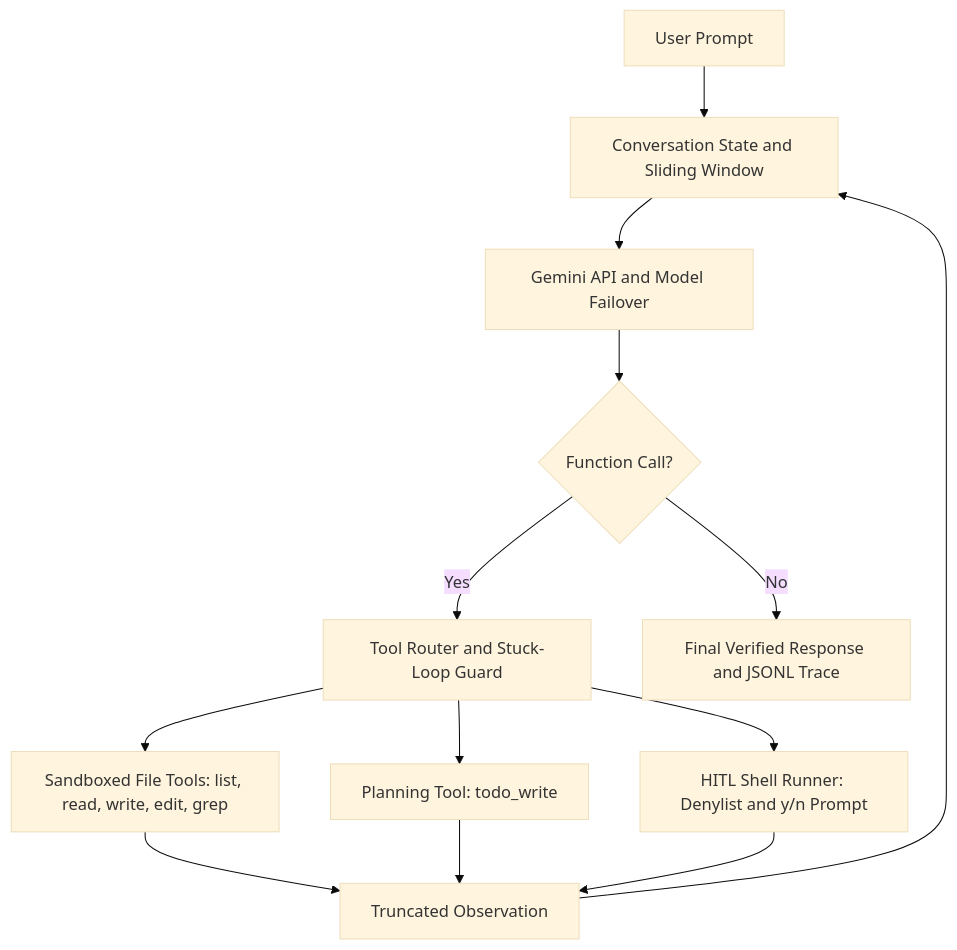
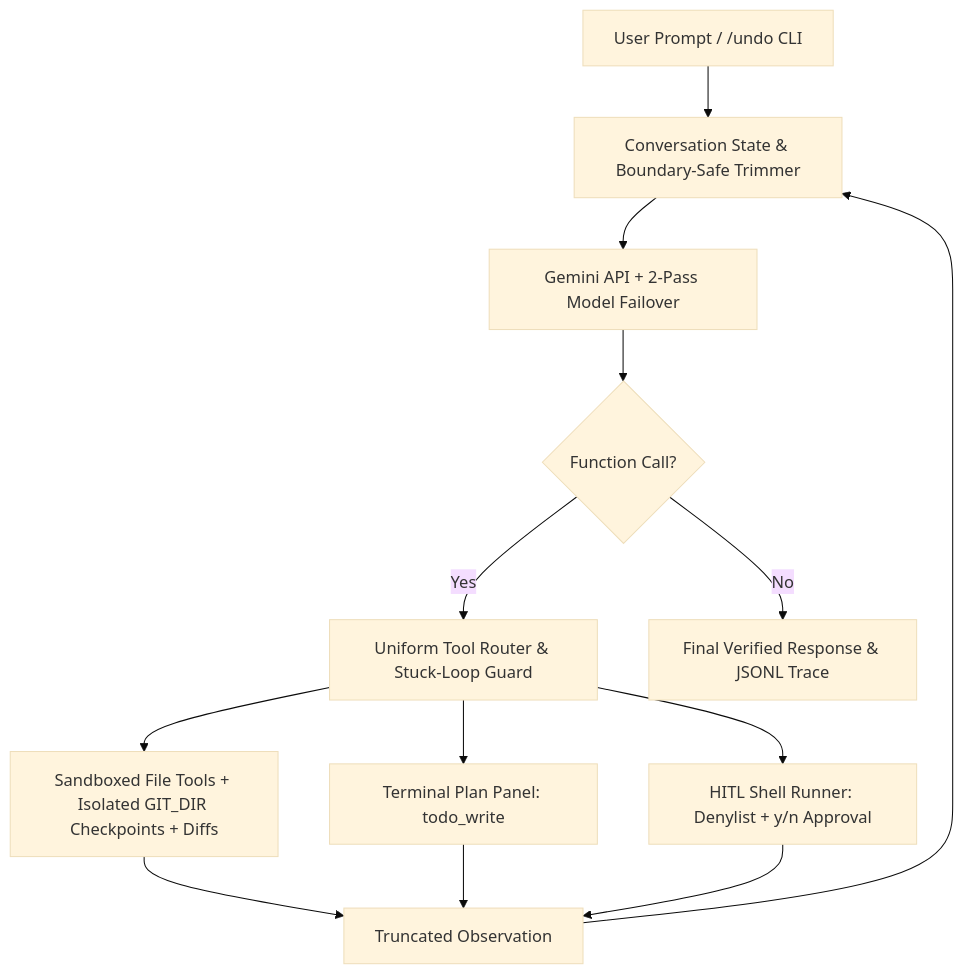
The diagram in REPORT.md (Harini-Manickaraj/aivar-coding-agent), drawn with Mermaid (base theme) before and after one commit. The commit also changed other lines of this file and 1 other file, not shown here.

Commit message:
Add 18-trial pass@3 tables, ablation analysis, /undo limitation, and trace sample to REPORT and README

````diff
--- a/REPORT.md
+++ b/REPORT.md
@@ -8,13 +8,13 @@
 ```mermaid
 flowchart TD
-    U[User Prompt] --> H[Conversation State and Sliding Window]
-    H --> M[Gemini API and Model Failover]
+    U[User Prompt / /undo CLI] --> H[Conversation State & Boundary-Safe Trimmer]
+    H --> M[Gemini API + 2-Pass Model Failover]
     M --> D{Function Call?}
-    D -- Yes --> R[Tool Router and Stuck-Loop Guard]
-    R --> T1[Sandboxed File Tools: list, read, write, edit, grep]
-    R --> T2[Planning Tool: todo_write]
-    R --> T3[HITL Shell Runner: Denylist and y/n Prompt]
+    D -- Yes --> R[Uniform Tool Router & Stuck-Loop Guard]
+    R --> T1[Sandboxed File Tools + Isolated GIT_DIR Checkpoints + Diffs]
+    R --> T2[Terminal Plan Panel: todo_write]
+    R --> T3[HITL Shell Runner: Denylist + y/n Approval]
     T1 & T2 & T3 --> O[Truncated Observation]
     O --> H
-    D -- No --> F[Final Verified Response and JSONL Trace]
+    D -- No --> F[Final Verified Response & JSONL Trace]
 ```
````
